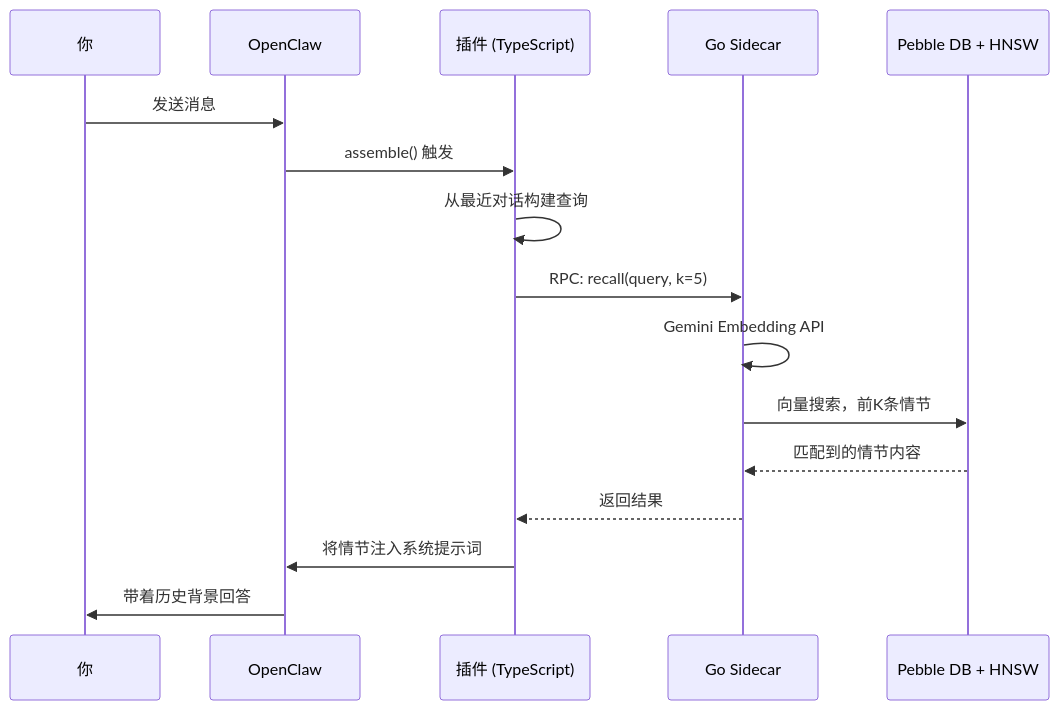
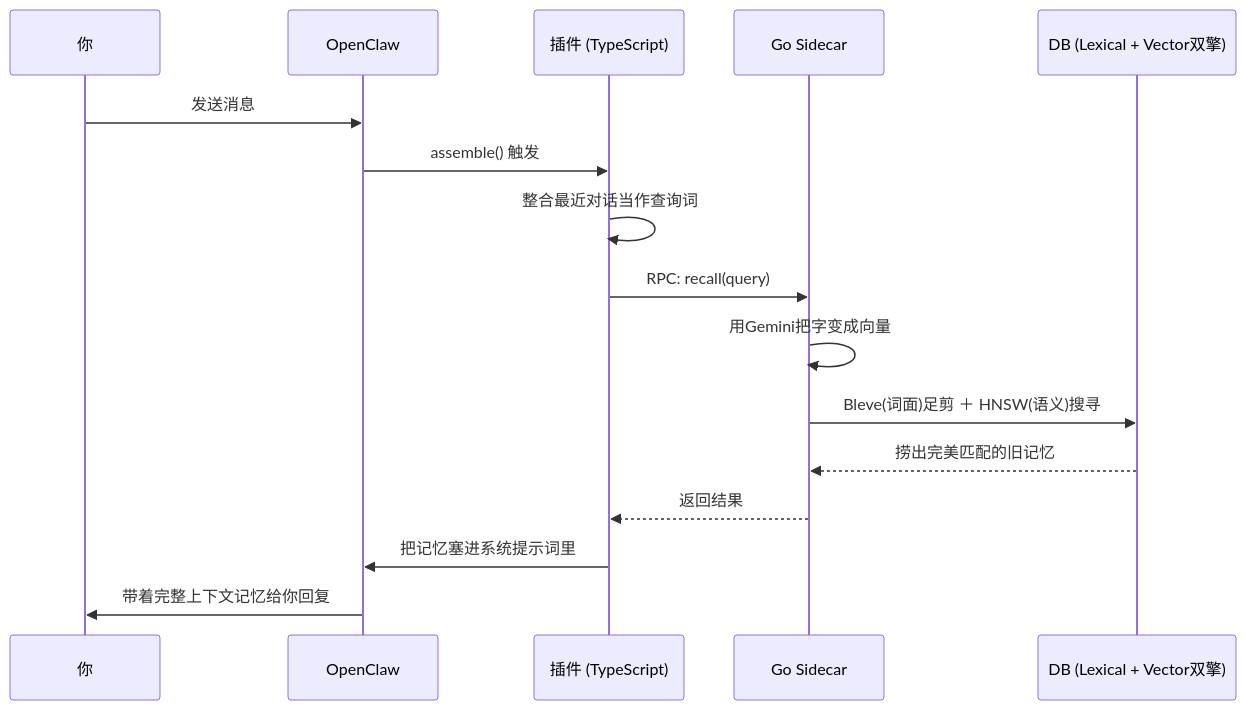
Before and after one commit to YoshiaKefasu/episodic-claw: the diagram in README.zh.md, drawn with Mermaid. The commit also changed other lines of this file and 6 other files, not shown here.

````diff
--- a/README.zh.md
+++ b/README.zh.md
@@ -47,19 +48,19 @@
 ```mermaid
 sequenceDiagram
     participant User as 你
     participant OpenClaw
     participant TS as 插件 (TypeScript)
     participant Go as Go Sidecar
-    participant DB as Pebble DB + HNSW
+    participant DB as DB (Lexical + Vector双擎)
 
     User->>OpenClaw: 发送消息
     OpenClaw->>TS: assemble() 触发
-    TS->>TS: 从最近对话构建查询
-    TS->>Go: RPC: recall(query, k=5)
-    Go->>Go: Gemini Embedding API
-    Go->>DB: 向量搜索，前K条情节
-    DB-->>Go: 匹配到的情节内容
+    TS->>TS: 整合最近对话当作查询词
+    TS->>Go: RPC: recall(query)
+    Go->>Go: 用Gemini把字变成向量
+    Go->>DB: Bleve(词面)足剪 ＋ HNSW(语义)搜寻
+    DB-->>Go: 捞出完美匹配的旧记忆
     Go-->>TS: 返回结果
-    TS->>OpenClaw: 将情节注入系统提示词
-    OpenClaw->>User: 带着历史背景回答
+    TS->>OpenClaw: 把记忆塞进系统提示词里
+    OpenClaw->>User: 带着完整上下文记忆给你回复
 ```
````
